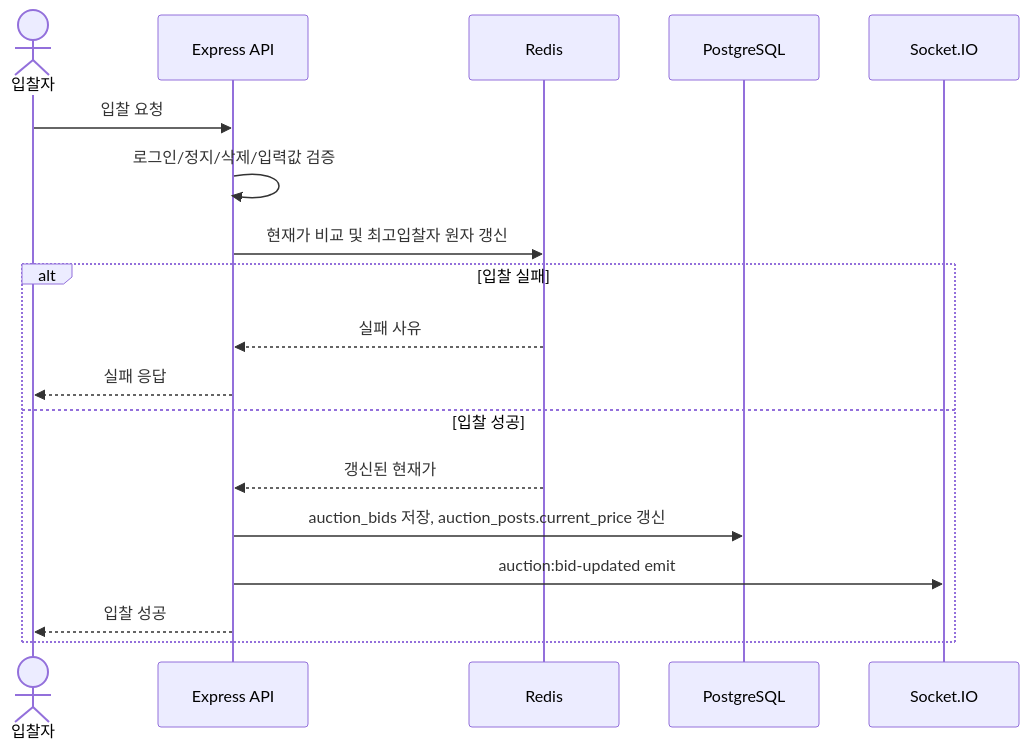
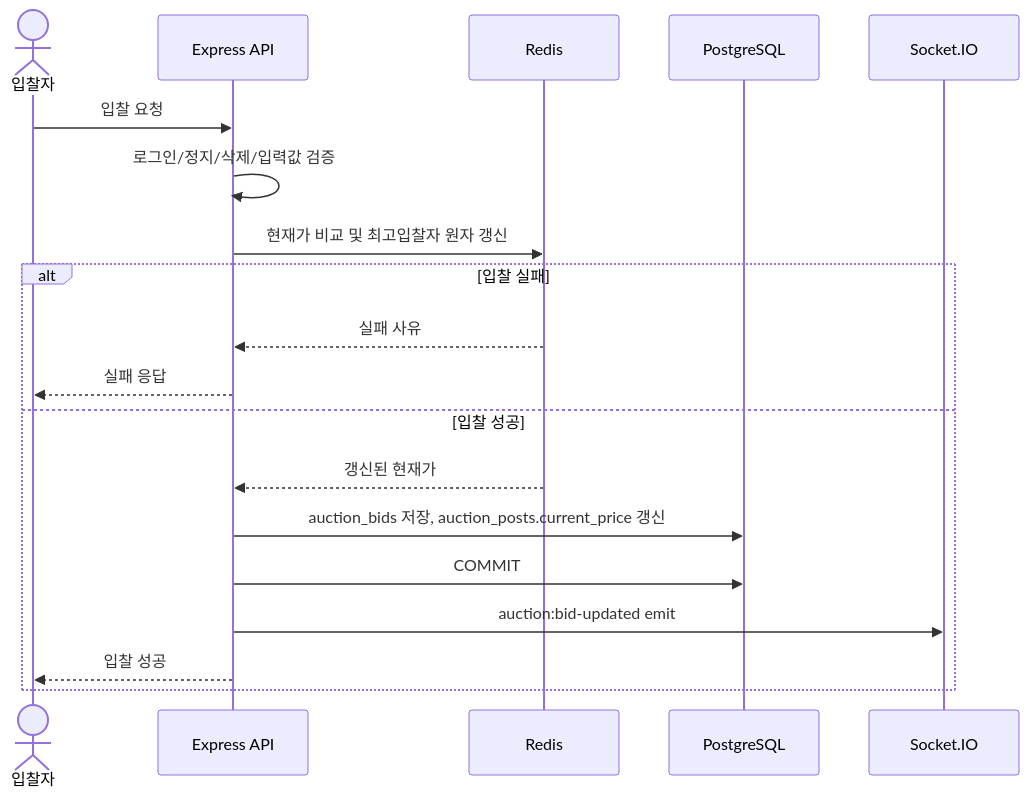
Before and after one commit to hurwan0629/potato-land: the second of 3 diagrams in docs/Potato-Land-Docs/07. 아키텍처/전체 서버 아키텍처.md, drawn with Mermaid. The commit also changed other lines of this file and 70 other files, not shown here.

````diff
--- a/docs/Potato-Land-Docs/07. 아키텍처/전체 서버 아키텍처.md
+++ b/docs/Potato-Land-Docs/07. 아키텍처/전체 서버 아키텍처.md
@@ -122,21 +136,22 @@
 ```mermaid
 sequenceDiagram
     actor U as 입찰자
     participant API as Express API
     participant R as Redis
     participant DB as PostgreSQL
     participant S as Socket.IO
 
     U->>API: 입찰 요청
     API->>API: 로그인/정지/삭제/입력값 검증
     API->>R: 현재가 비교 및 최고입찰자 원자 갱신
     alt 입찰 실패
         R-->>API: 실패 사유
         API-->>U: 실패 응답
     else 입찰 성공
         R-->>API: 갱신된 현재가
         API->>DB: auction_bids 저장, auction_posts.current_price 갱신
+        API->>DB: COMMIT
         API->>S: auction:bid-updated emit
         API-->>U: 입찰 성공
     end
 ```
````
